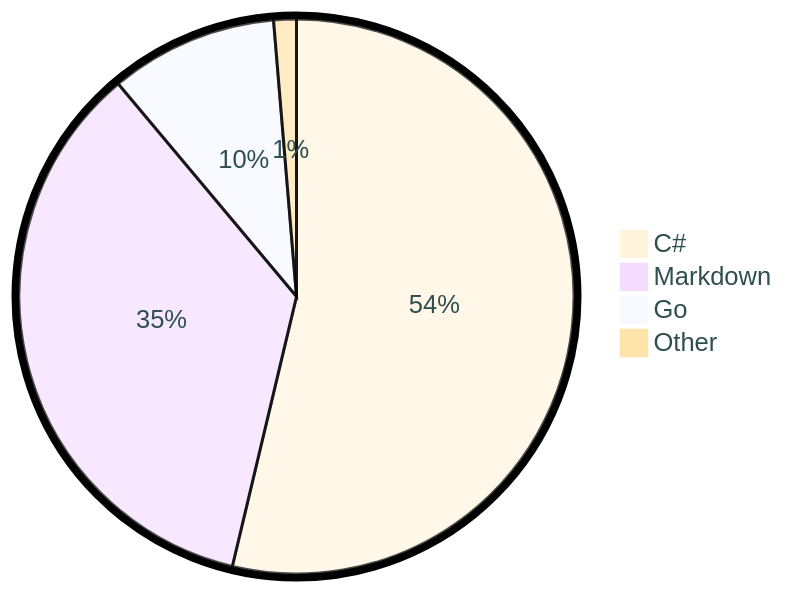
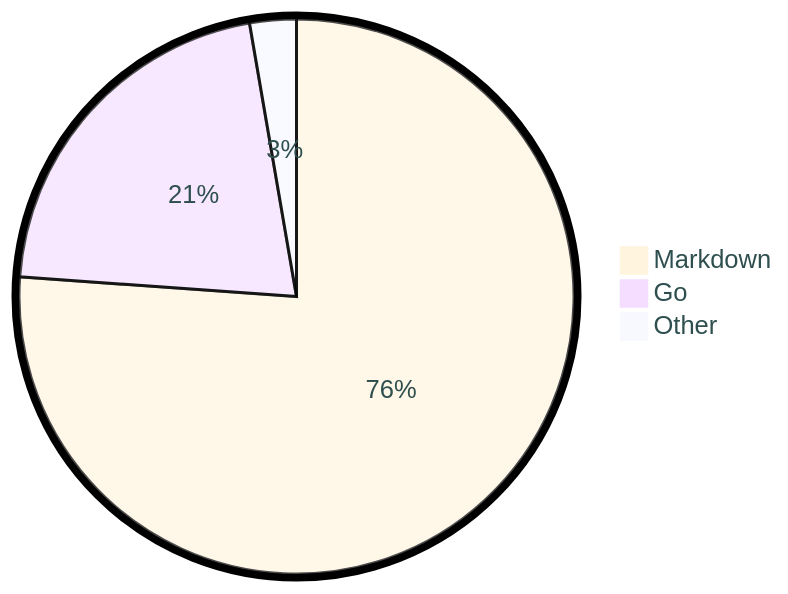
The diagram in README.md (tot0p/tot0p), drawn with Mermaid before and after one commit. The commit also changed other lines of this file, not shown here.

````diff
--- a/README.md
+++ b/README.md
@@ -77,8 +75,7 @@
 ```mermaid
 %%{init: {"pie": {"textPosition": 0.5}, "themeVariables": {"pieOuterStrokeWidth": "5px","primaryTextColor" : "#2F4F4F"},"theme":"base"} }%%
 pie
-	"C#": 53.71
-	"Markdown": 35.18
-	"Go": 9.78
-	"Other": 1.3200000000000003
+	"Markdown": 76.12
+	"Go": 21.16
+	"Other": 2.71
 ```
````
